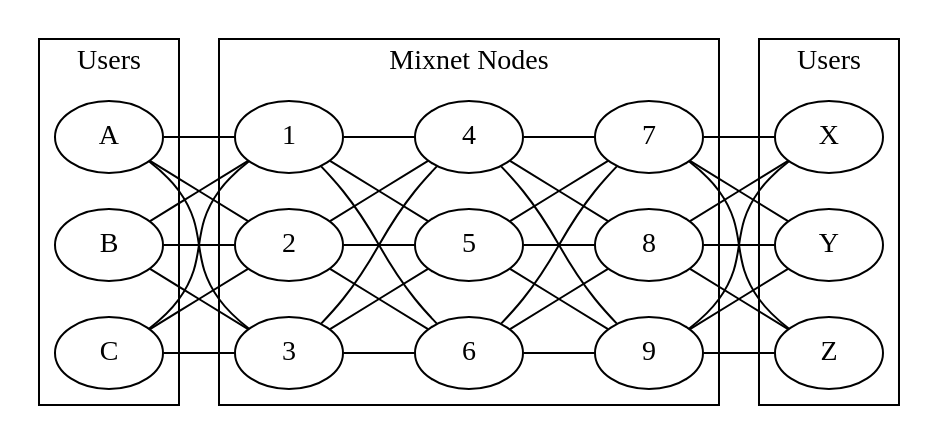
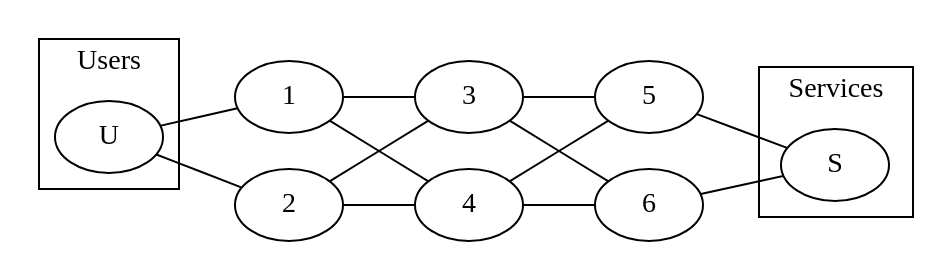
The diagram in graph/mixnet.dot (Kiyotoko/anonymous-communication-systems), drawn with Graphviz before and after one commit. The commit also changed 10 other files, not shown here.

Commit message:
Include svg graphics

```diff
--- a/graph/mixnet.dot
+++ b/graph/mixnet.dot
@@ -1,27 +1,25 @@
 graph {
 	rankdir=LR
-	{B C A} -- {3 1 2} -- {5 4 6} -- {8 7 9} -- {Y Z X}
+	{U} -- {1 2} -- {3 4} -- {5 6} -- {S}
 	
 	subgraph {
 		cluster=true
 		label="Users"
 	
-		A B C
+		U
 	}
 	
 	subgraph {
 		cluster=true
-		label="Users"
+		label="Services"
 	
-		X Y Z
+		S
 	}
 	
 	subgraph {
-		cluster=true
 		label="Mixnet Nodes"
 	
 		1 2 3
 		4 5 6
-		7 8 9
 	}
 }
```
